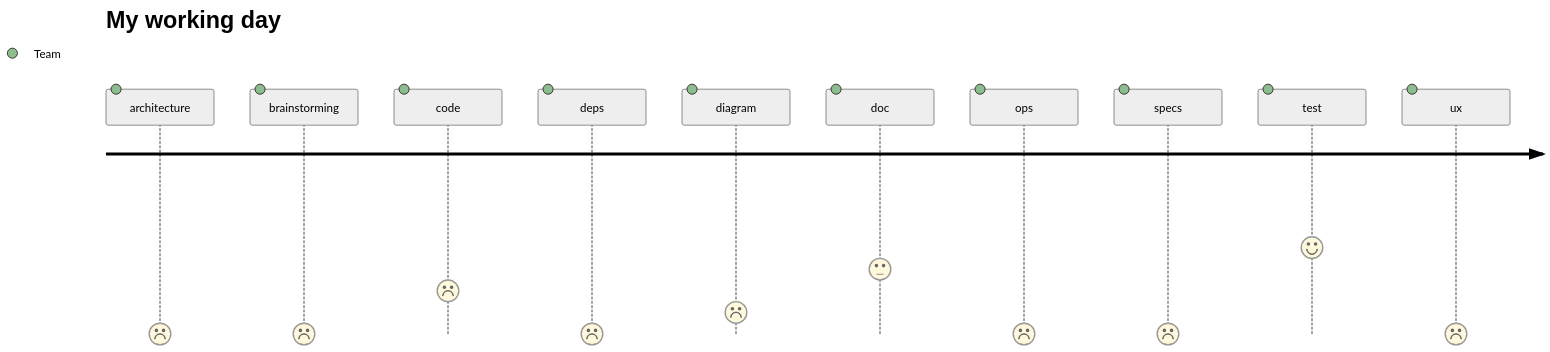
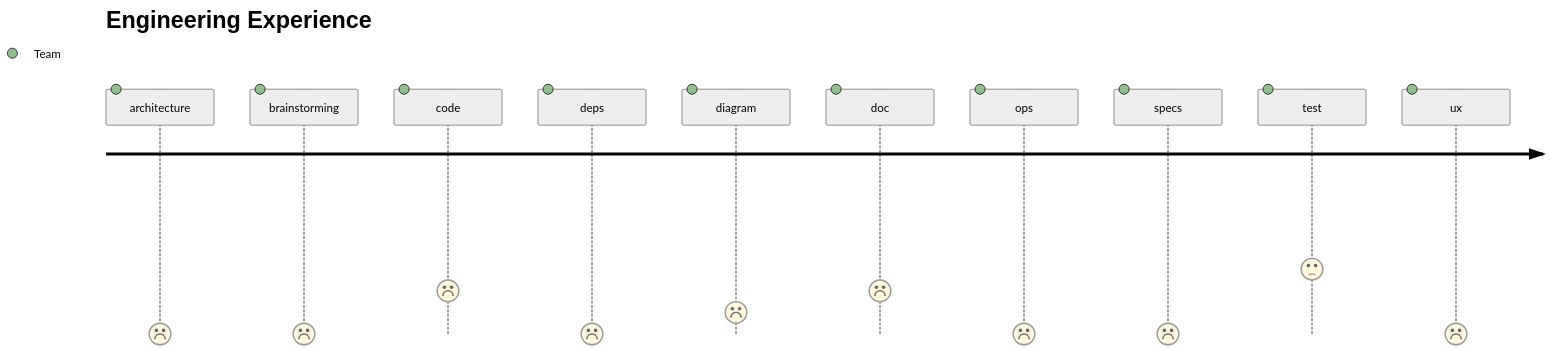
One commit to flarebyte/overview changed the diagram in SOFTWARE-HEALTH.md. Above: the diagram before and after it, drawn with Mermaid (neutral theme). The commit also changed other lines of this file and 1 other file, not shown here.

````diff
--- a/SOFTWARE-HEALTH.md
+++ b/SOFTWARE-HEALTH.md
@@ -6,15 +14,15 @@
 ```mermaid
 journey
-    title My working day
+    title Engineering Experience
     architecture: 0: Team
     brainstorming: 0: Team
     code: 2: Team
     deps: 0: Team
     diagram: 1: Team
-    doc: 3: Team
+    doc: 2: Team
     ops: 0: Team
     specs: 0: Team
-    test: 4: Team
+    test: 3: Team
     ux: 0: Team
 
 ```
````
